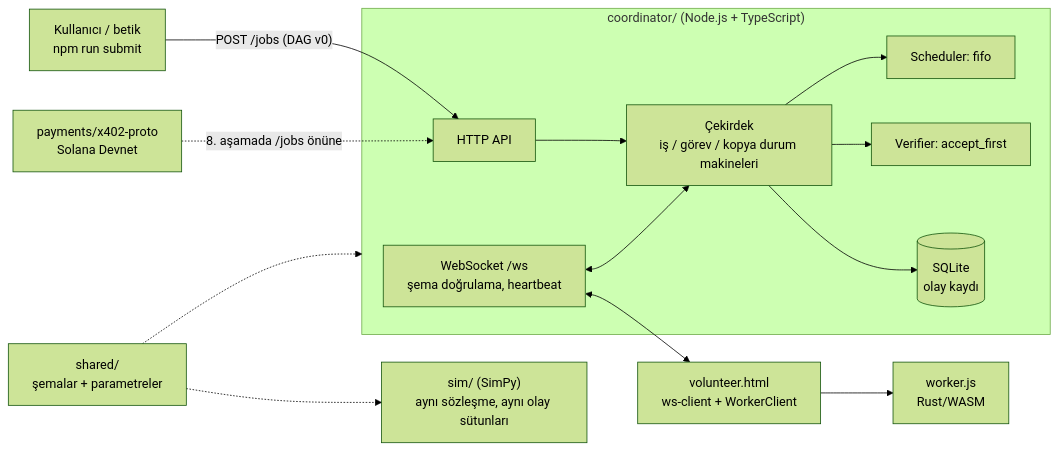
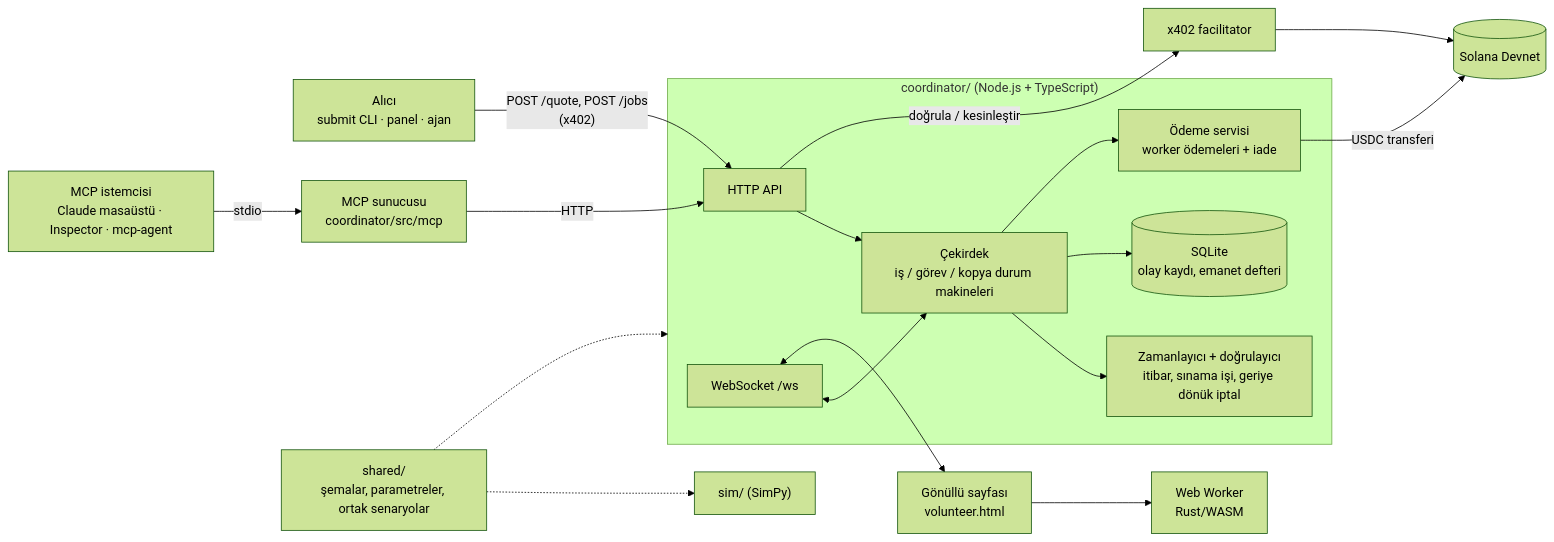
The diagram in README.md (H-ERDEM/wasm-worker-proto), drawn with Mermaid (forest theme) before and after one commit. The commit also changed other lines of this file, not shown here.

````diff
--- a/README.md
+++ b/README.md
@@ -68,16 +43,20 @@
 ```mermaid
 flowchart LR
-  U["Kullanıcı / betik<br/>npm run submit"] -- "POST /jobs (DAG v0)" --> API
+  B["Alıcı<br/>submit CLI · panel · ajan"] -- "POST /quote, POST /jobs<br/>(x402)" --> API
+  AG["MCP istemcisi<br/>Claude masaüstü · Inspector · mcp-agent"] -- "stdio" --> MCP["MCP sunucusu<br/>coordinator/src/mcp"]
+  MCP -- "HTTP" --> API
   subgraph C["coordinator/ (Node.js + TypeScript)"]
     API["HTTP API"] --> CORE["Çekirdek<br/>iş / görev / kopya durum makineleri"]
-    CORE --> S["Scheduler: fifo"]
-    CORE --> V["Verifier: accept_first"]
-    CORE --> DB[("SQLite<br/>olay kaydı")]
-    HUB["WebSocket /ws<br/>şema doğrulama, heartbeat"] <--> CORE
+    CORE --> ST["Zamanlayıcı + doğrulayıcı<br/>itibar, sınama işi, geriye dönük iptal"]
+    CORE --> DB[("SQLite<br/>olay kaydı, emanet defteri")]
+    CORE --> PO["Ödeme servisi<br/>worker ödemeleri + iade"]
+    HUB["WebSocket /ws"] <--> CORE
   end
-  HUB <--> P["volunteer.html<br/>ws-client + WorkerClient"]
-  P --> W["worker.js<br/>Rust/WASM"]
-  SH["shared/<br/>şemalar + parametreler"] -.-> C
-  SH -.-> SIM["sim/ (SimPy)<br/>aynı sözleşme, aynı olay sütunları"]
-  X["payments/x402-proto<br/>Solana Devnet"] -. "8. aşamada /jobs önüne" .-> API
+  API -- "doğrula / kesinleştir" --> F["x402 facilitator"]
+  PO -- "USDC transferi" --> SOL[("Solana Devnet")]
+  F --> SOL
+  HUB <--> P["Gönüllü sayfası<br/>volunteer.html"]
+  P --> W["Web Worker<br/>Rust/WASM"]
+  SH["shared/<br/>şemalar, parametreler, ortak senaryolar"] -.-> C
+  SH -.-> SIM["sim/ (SimPy)"]
 ```
````
